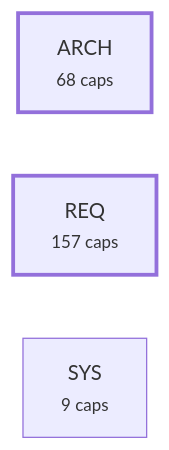
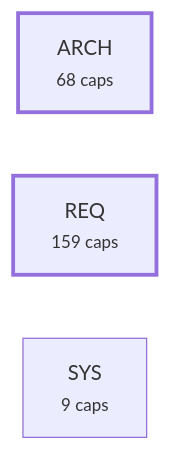
The fourth of 5 diagrams in plugin/requirements/_map.md (alxmax/Requirement-manager), drawn with Mermaid before and after one commit. The commit also changed other lines of this file and 12 other files, not shown here.

````diff
--- a/plugin/requirements/_map.md
+++ b/plugin/requirements/_map.md
@@ -945,8 +947,8 @@
 ```mermaid
 graph LR
   a_ARCH["ARCH<br><small>68 caps</small>"]
-  a_REQ["REQ<br><small>157 caps</small>"]
+  a_REQ["REQ<br><small>159 caps</small>"]
   a_SYS["SYS<br><small>9 caps</small>"]
   style a_ARCH stroke-width:3px
   style a_REQ stroke-width:3px
 ```
````
